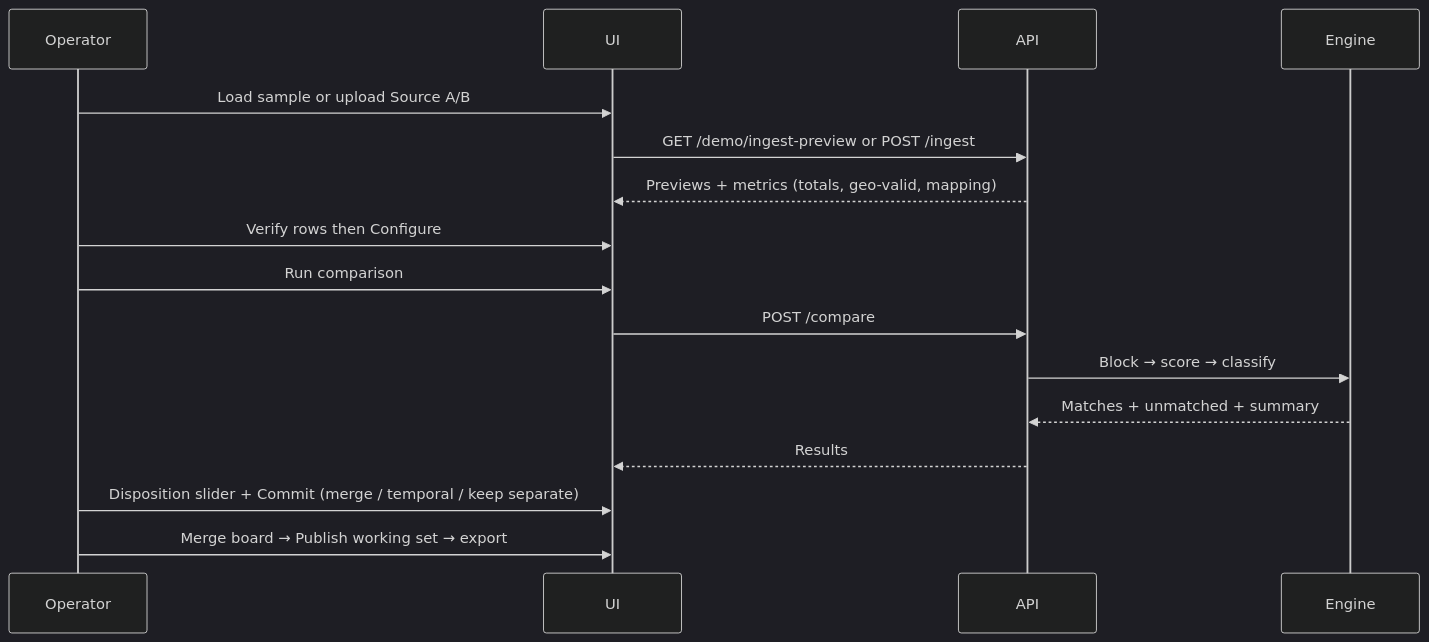
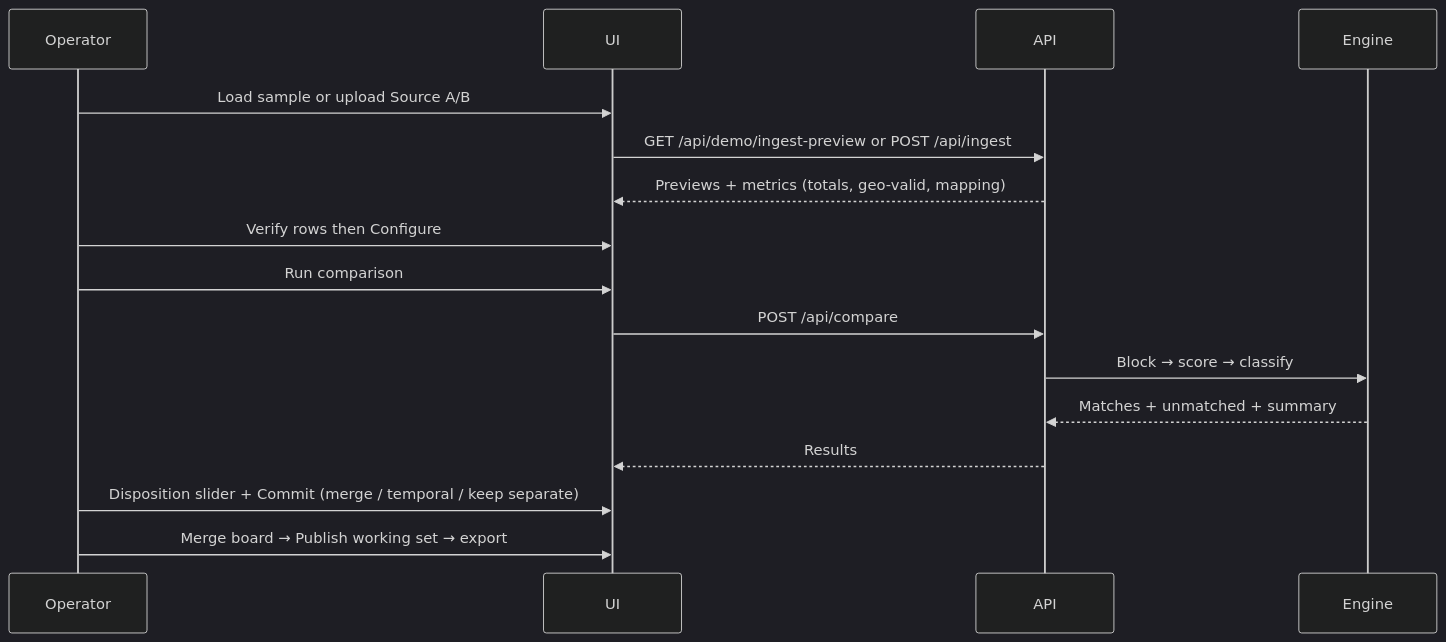
Before and after one commit to mowgli42/fuzzy-reconciler: the second of 2 diagrams in README.md, drawn with Mermaid (dark theme). The commit also changed other lines of this file and 12 other files, not shown here.

````diff
--- a/README.md
+++ b/README.md
@@ -118,19 +129,19 @@
 ```mermaid
 sequenceDiagram
     participant U as Operator
     participant F as UI
     participant B as API
     participant E as Engine
 
     U->>F: Load sample or upload Source A/B
-    F->>B: GET /demo/ingest-preview or POST /ingest
+    F->>B: GET /api/demo/ingest-preview or POST /api/ingest
     B-->>F: Previews + metrics (totals, geo-valid, mapping)
     U->>F: Verify rows then Configure
     U->>F: Run comparison
-    F->>B: POST /compare
+    F->>B: POST /api/compare
     B->>E: Block → score → classify
     E-->>B: Matches + unmatched + summary
     B-->>F: Results
     U->>F: Disposition slider + Commit (merge / temporal / keep separate)
     U->>F: Merge board → Publish working set → export
 ```
````
